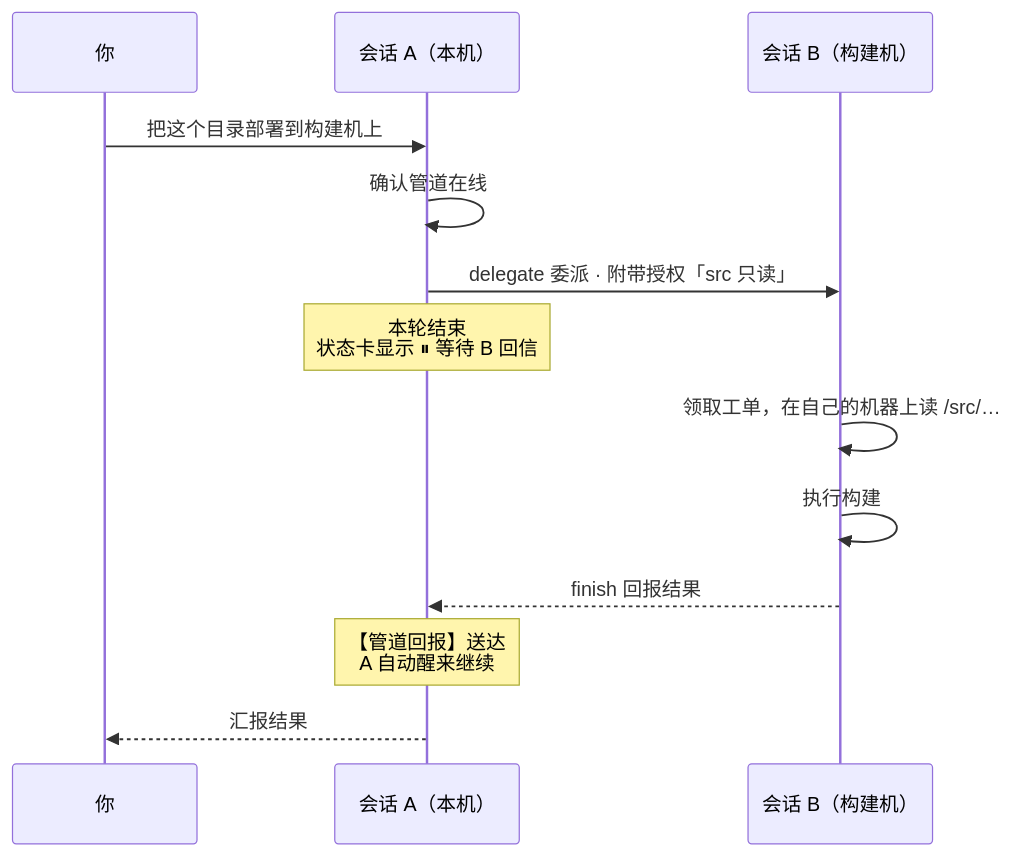
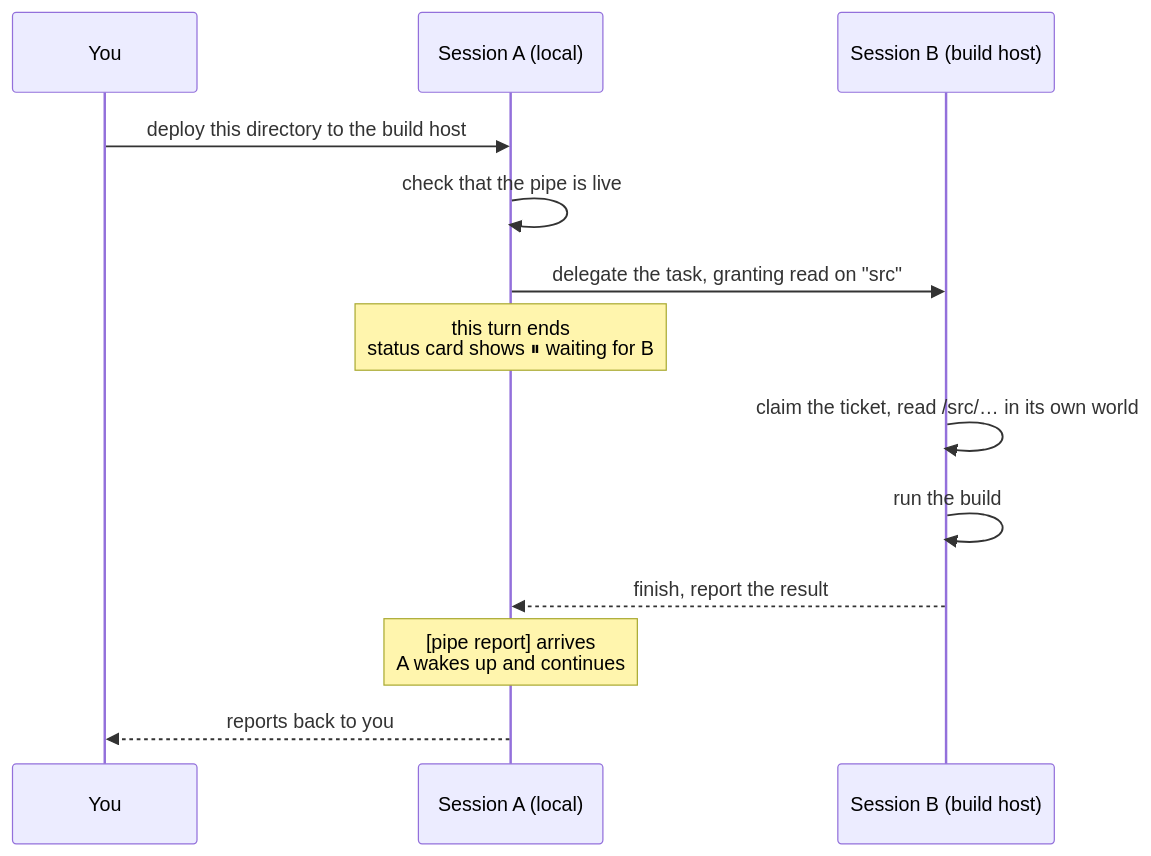
One commit to Nexus-Aethra/Nexus-Shell changed the second of 5 diagrams in README.md. Above: the diagram before and after it, drawn with Mermaid. The commit also changed other lines of this file and 2 other files, not shown here.

````diff
--- a/README.md
+++ b/README.md
@@ -182,15 +195,15 @@
 ```mermaid
 sequenceDiagram
-  participant U as 你
-  participant A as 会话 A（本机）
-  participant B as 会话 B（构建机）
-  U->>A: 把这个目录部署到构建机上
-  A->>A: 确认管道在线
-  A->>B: delegate 委派 · 附带授权「src 只读」
-  Note over A: 本轮结束<br/>状态卡显示 ⏸ 等待 B 回信
-  B->>B: 领取工单，在自己的机器上读 /src/…
-  B->>B: 执行构建
-  B-->>A: finish 回报结果
-  Note over A: 【管道回报】送达<br/>A 自动醒来继续
-  A-->>U: 汇报结果
+  participant U as You
+  participant A as Session A (local)
+  participant B as Session B (build host)
+  U->>A: deploy this directory to the build host
+  A->>A: check that the pipe is live
+  A->>B: delegate the task, granting read on "src"
+  Note over A: this turn ends<br/>status card shows ⏸ waiting for B
+  B->>B: claim the ticket, read /src/… in its own world
+  B->>B: run the build
+  B-->>A: finish, report the result
+  Note over A: [pipe report] arrives<br/>A wakes up and continues
+  A-->>U: reports back to you
 ```
````
